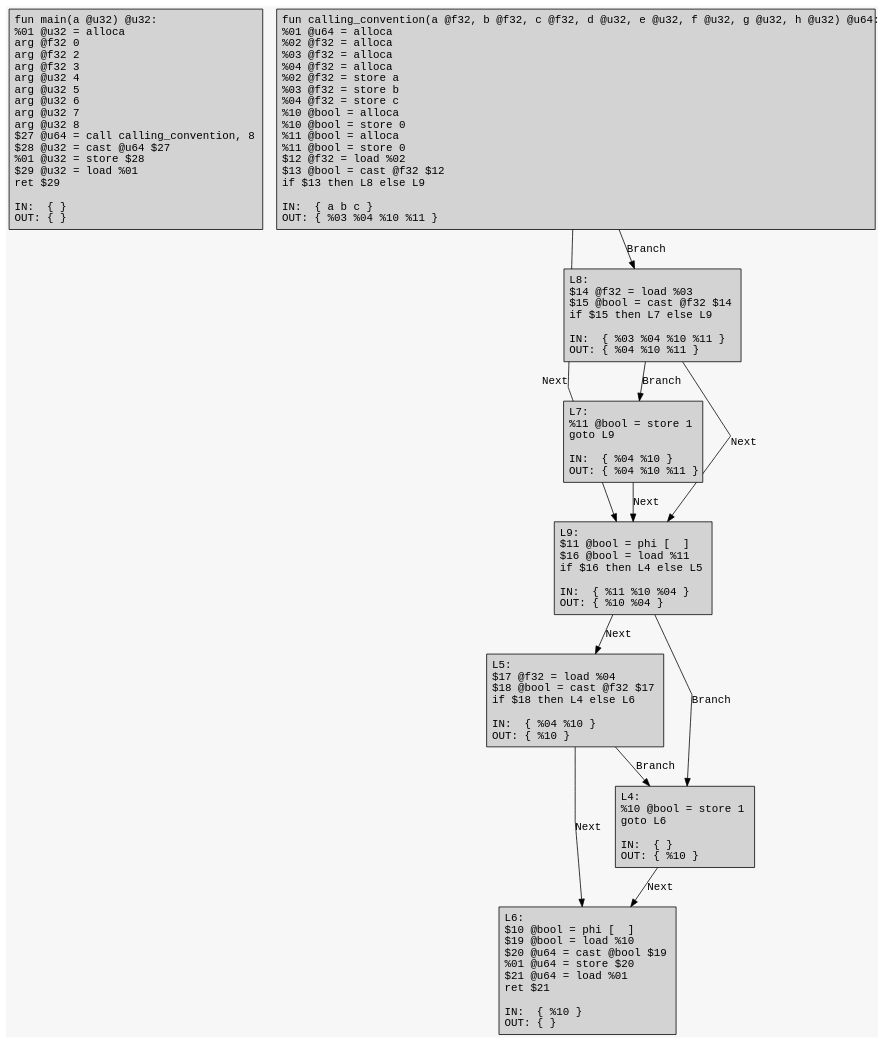
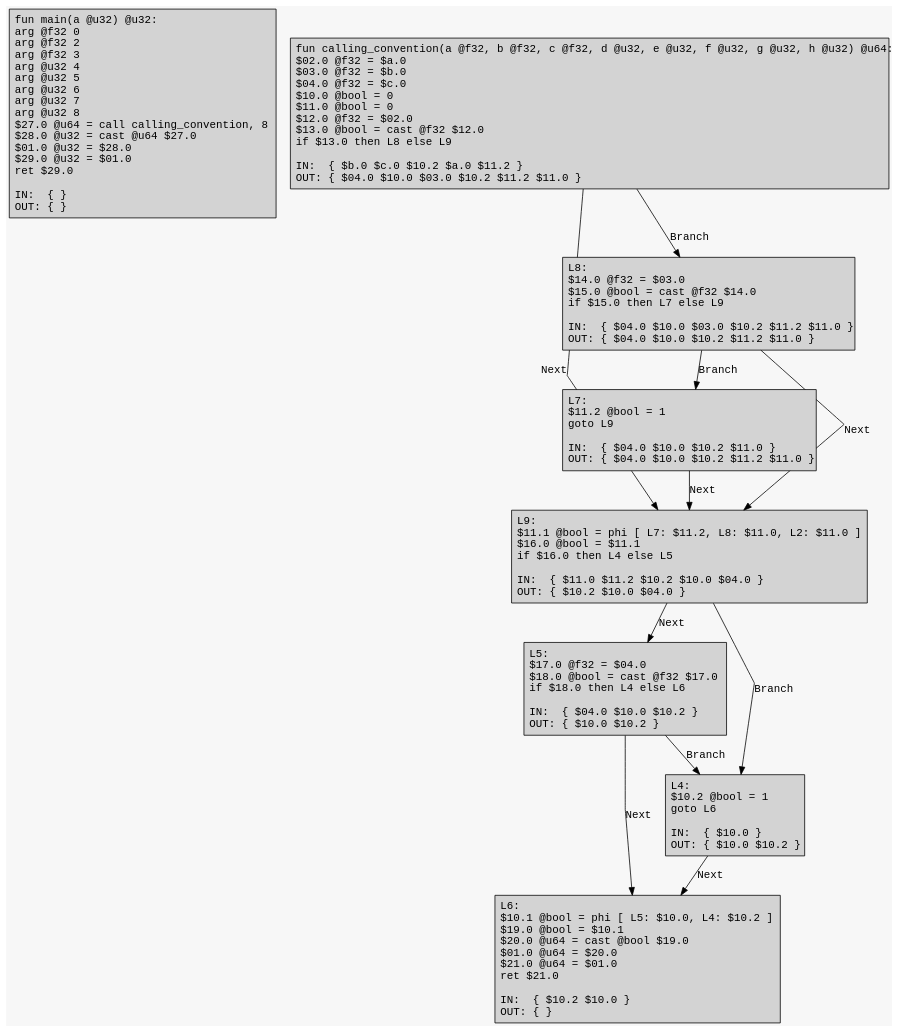
Before and after one commit to ArkoiSystems/arkoi_language: the diagram in example/cc/cc.dot, drawn with Graphviz. The commit also changed 12 other files, not shown here.

```diff
--- a/example/cc/cc.dot
+++ b/example/cc/cc.dot
@@ -1,26 +1,26 @@
 digraph CFG {
 	graph [fontname = "Monospace"];
 	node  [fontname = "Monospace", shape=box, style=filled, margin=0.1];
 	edge  [fontname = "Monospace"];
 	bgcolor = "#f7f7f7";
 	splines = false;
 
-	L0 [label="fun main(a @u32) @u32:\l %01 @u32 = alloca\l arg @f32 0\l arg @f32 2\l arg @f32 3\l arg @u32 4\l arg @u32 5\l arg @u32 6\l arg @u32 7\l arg @u32 8\l $27 @u64 = call calling_convention, 8\l $28 @u32 = cast @u64 $27\l %01 @u32 = store $28\l $29 @u32 = load %01\l ret $29\l\lIN:  { }\lOUT: { }\l"];
-	L2 [label="fun calling_convention(a @f32, b @f32, c @f32, d @u32, e @u32, f @u32, g @u32, h @u32) @u64:\l %01 @u64 = alloca\l %02 @f32 = alloca\l %03 @f32 = alloca\l %04 @f32 = alloca\l %02 @f32 = store a\l %03 @f32 = store b\l %04 @f32 = store c\l %10 @bool = alloca\l %10 @bool = store 0\l %11 @bool = alloca\l %11 @bool = store 0\l $12 @f32 = load %02\l $13 @bool = cast @f32 $12\l if $13 then L8 else L9\l\lIN:  { a b c }\lOUT: { %03 %04 %10 %11 }\l"];
+	L0 [label="fun main(a @u32) @u32:\l arg @f32 0\l arg @f32 2\l arg @f32 3\l arg @u32 4\l arg @u32 5\l arg @u32 6\l arg @u32 7\l arg @u32 8\l $27.0 @u64 = call calling_convention, 8\l $28.0 @u32 = cast @u64 $27.0\l $01.0 @u32 = $28.0\l $29.0 @u32 = $01.0\l ret $29.0\l\lIN:  { }\lOUT: { }\l"];
+	L2 [label="fun calling_convention(a @f32, b @f32, c @f32, d @u32, e @u32, f @u32, g @u32, h @u32) @u64:\l $02.0 @f32 = $a.0\l $03.0 @f32 = $b.0\l $04.0 @f32 = $c.0\l $10.0 @bool = 0\l $11.0 @bool = 0\l $12.0 @f32 = $02.0\l $13.0 @bool = cast @f32 $12.0\l if $13.0 then L8 else L9\l\lIN:  { $b.0 $c.0 $10.2 $a.0 $11.2 }\lOUT: { $04.0 $10.0 $03.0 $10.2 $11.2 $11.0 }\l"];
 	L2 -> L9 [label="Next"];
 	L2 -> L8 [label="Branch"];
-	L9 [label="L9:\l $11 @bool = phi [  ]\l $16 @bool = load %11\l if $16 then L4 else L5\l\lIN:  { %11 %10 %04 }\lOUT: { %10 %04 }\l"];
+	L9 [label="L9:\l $11.1 @bool = phi [ L7: $11.2, L8: $11.0, L2: $11.0 ]\l $16.0 @bool = $11.1\l if $16.0 then L4 else L5\l\lIN:  { $11.0 $11.2 $10.2 $10.0 $04.0 }\lOUT: { $10.2 $10.0 $04.0 }\l"];
 	L9 -> L5 [label="Next"];
 	L9 -> L4 [label="Branch"];
-	L5 [label="L5:\l $17 @f32 = load %04\l $18 @bool = cast @f32 $17\l if $18 then L4 else L6\l\lIN:  { %04 %10 }\lOUT: { %10 }\l"];
+	L5 [label="L5:\l $17.0 @f32 = $04.0\l $18.0 @bool = cast @f32 $17.0\l if $18.0 then L4 else L6\l\lIN:  { $04.0 $10.0 $10.2 }\lOUT: { $10.0 $10.2 }\l"];
 	L5 -> L6 [label="Next"];
 	L5 -> L4 [label="Branch"];
-	L6 [label="L6:\l $10 @bool = phi [  ]\l $19 @bool = load %10\l $20 @u64 = cast @bool $19\l %01 @u64 = store $20\l $21 @u64 = load %01\l ret $21\l\lIN:  { %10 }\lOUT: { }\l"];
-	L4 [label="L4:\l %10 @bool = store 1\l goto L6\l\lIN:  { }\lOUT: { %10 }\l"];
+	L6 [label="L6:\l $10.1 @bool = phi [ L5: $10.0, L4: $10.2 ]\l $19.0 @bool = $10.1\l $20.0 @u64 = cast @bool $19.0\l $01.0 @u64 = $20.0\l $21.0 @u64 = $01.0\l ret $21.0\l\lIN:  { $10.2 $10.0 }\lOUT: { }\l"];
+	L4 [label="L4:\l $10.2 @bool = 1\l goto L6\l\lIN:  { $10.0 }\lOUT: { $10.0 $10.2 }\l"];
 	L4 -> L6 [label="Next"];
-	L8 [label="L8:\l $14 @f32 = load %03\l $15 @bool = cast @f32 $14\l if $15 then L7 else L9\l\lIN:  { %03 %04 %10 %11 }\lOUT: { %04 %10 %11 }\l"];
+	L8 [label="L8:\l $14.0 @f32 = $03.0\l $15.0 @bool = cast @f32 $14.0\l if $15.0 then L7 else L9\l\lIN:  { $04.0 $10.0 $03.0 $10.2 $11.2 $11.0 }\lOUT: { $04.0 $10.0 $10.2 $11.2 $11.0 }\l"];
 	L8 -> L9 [label="Next"];
 	L8 -> L7 [label="Branch"];
-	L7 [label="L7:\l %11 @bool = store 1\l goto L9\l\lIN:  { %04 %10 }\lOUT: { %04 %10 %11 }\l"];
+	L7 [label="L7:\l $11.2 @bool = 1\l goto L9\l\lIN:  { $04.0 $10.0 $10.2 $11.0 }\lOUT: { $04.0 $10.0 $10.2 $11.2 $11.0 }\l"];
 	L7 -> L9 [label="Next"];
 }
```
